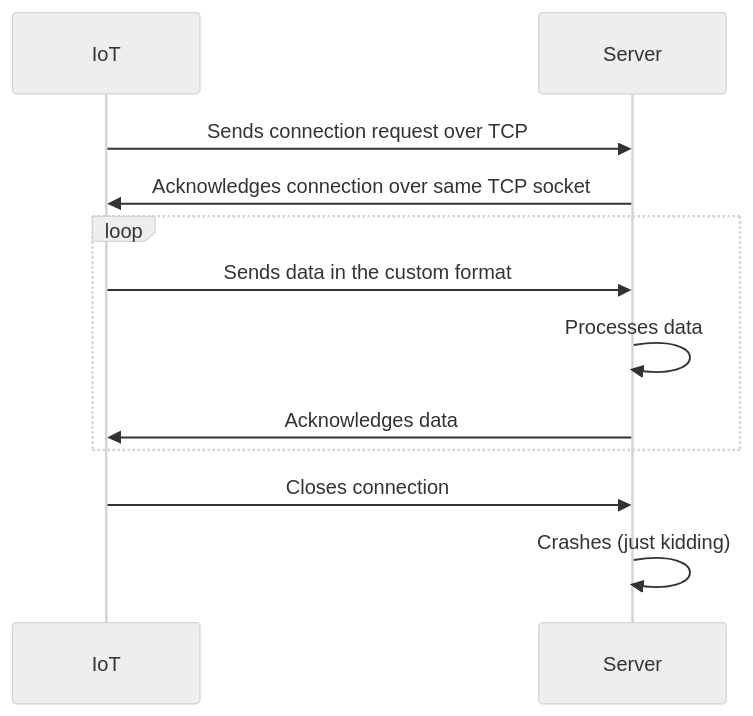
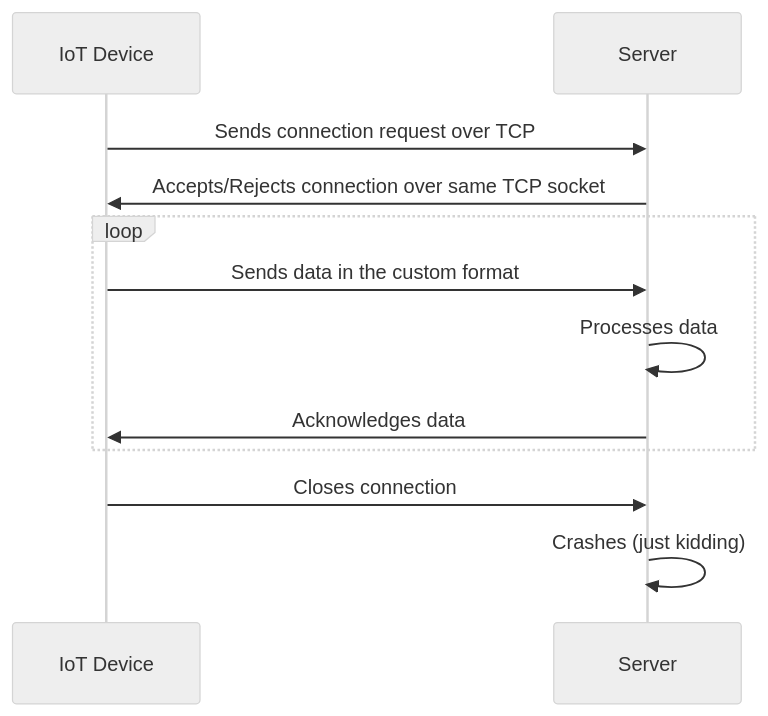
The first of 2 diagrams in content/demystifying_tcp_http.md (kucukaslan/website), drawn with Mermaid (neutral theme) before and after one commit. The commit also changed other lines of this file and 2 other files, not shown here.

````diff
--- a/content/demystifying_tcp_http.md
+++ b/content/demystifying_tcp_http.md
@@ -38,14 +44,14 @@
 ```mermaid
 sequenceDiagram
-    participant IoT
+    participant IoT as IoT Device
     participant Server
     IoT->>Server: Sends connection request over TCP
-    Server->>IoT: Acknowledges connection over same TCP socket
+    Server->>IoT: Accepts/Rejects connection over same TCP socket
     loop 
         IoT->>Server: Sends data in the custom format
         Server->>Server: Processes data
         Server->>IoT: Acknowledges data
     end
     IoT->>Server: Closes connection
     Server->>Server: Crashes (just kidding)
 ```
````
